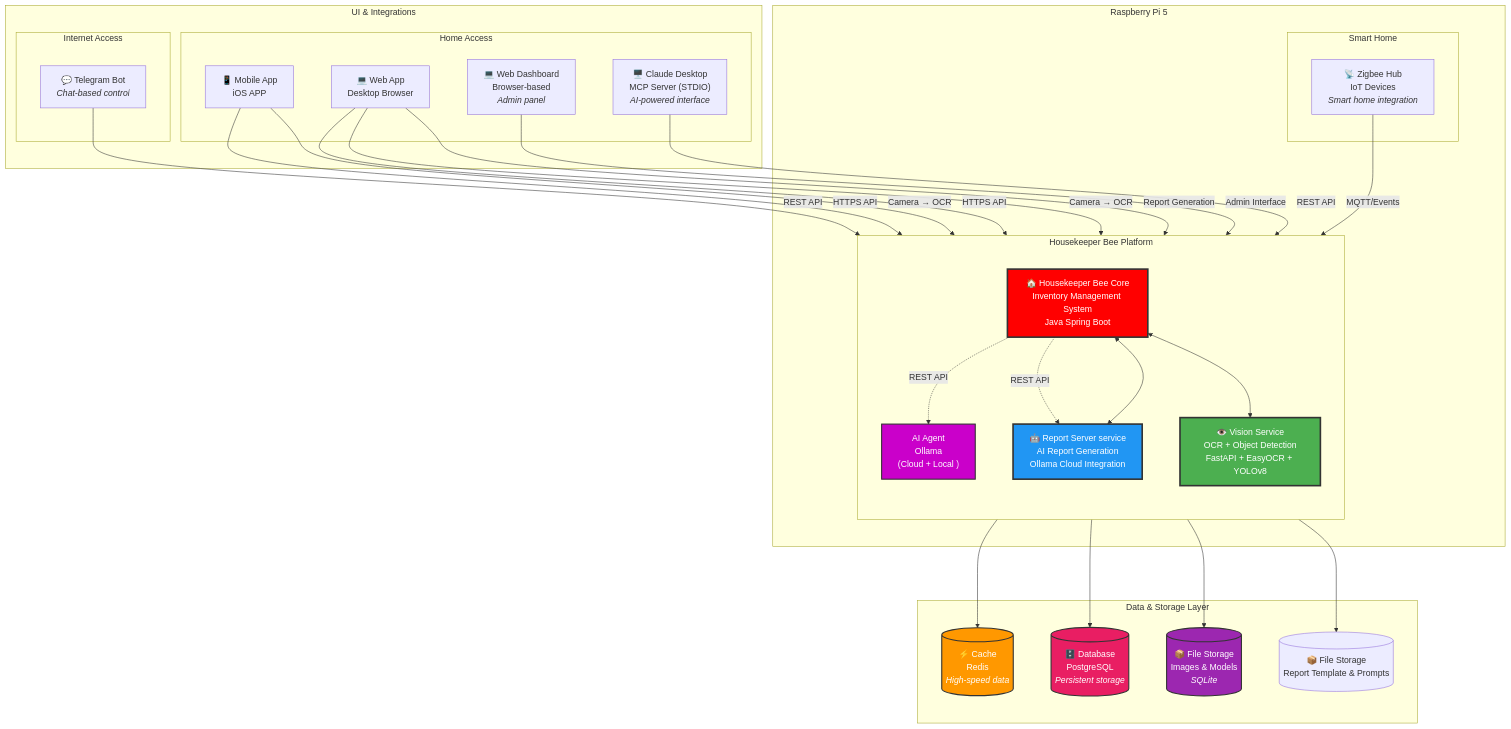
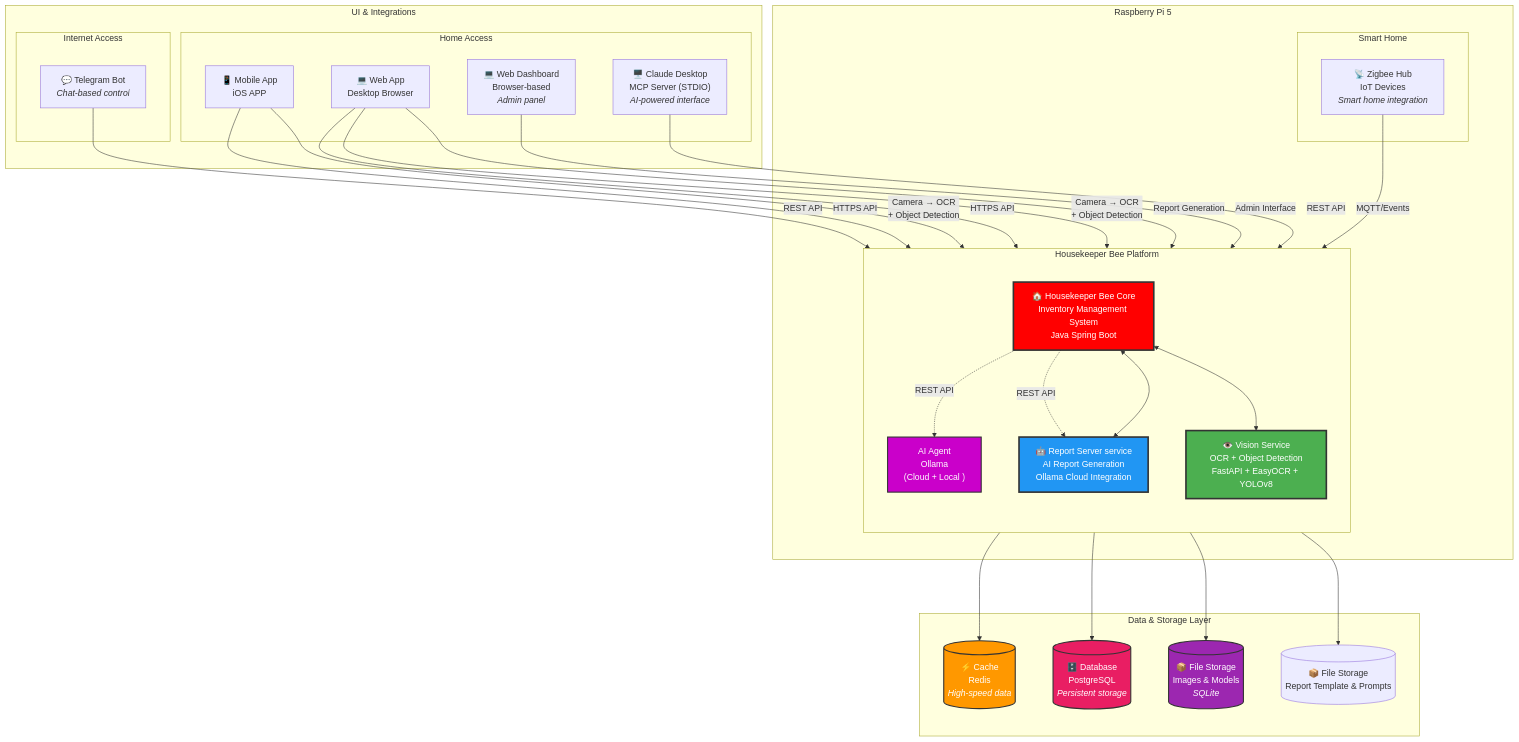
The diagram in README.md (Thomas-Leung-852/HousekeeperBeeWebApp), drawn with Mermaid before and after one commit. The commit also changed other lines of this file and 21 other files, not shown here.

````diff
--- a/README.md
+++ b/README.md
@@ -249,67 +249,67 @@
 ```mermaid
 %%{init: {'flowchart': {'rankSpacing': 100, 'nodeSpacing': 70, 'curve': 'basis'}} }%%
 flowchart TB
     subgraph UI ["UI & Integrations"]
         subgraph x ["Home Access"]
             Mobile["📱 Mobile App<br/>iOS APP<br/>"]
             WebApp["💻 Web App<br/>Desktop Browser"]
             Web["💻 Web Dashboard<br/>Browser-based<br/><i>Admin panel</i>"]
             Claude["🖥️ Claude Desktop<br/>MCP Server (STDIO)<br/><i>AI-powered interface</i>"]            
         end
         subgraph y ["Internet Access"]
             Telegram["💬 Telegram Bot<br/><i>Chat-based control</i>"]         
         end
     end
 
     subgraph rpi5 ["Raspberry Pi 5"]
 
         subgraph HKBP ["Housekeeper Bee Platform"]
             direction TB
             AA["AI Agent<br/>Ollama <br/>(Cloud + Local )"]
             Core["🏠 Housekeeper Bee Core<br/>Inventory Management System<br/>Java Spring Boot"]
             Vision["👁️ Vision Service<br/>OCR + Object Detection<br/>FastAPI + EasyOCR + YOLOv8"]
             ReportSvc["🤖 Report Server service <br/>AI Report Generation<br/>Ollama Cloud Integration"]
             
             Core -.->|"REST API"| ReportSvc  
             Core <--> ReportSvc
             Core <--> Vision        
         end
 
         subgraph SmartHome ["Smart Home"]
             Zigbee["📡 Zigbee Hub<br/>IoT Devices<br/><i>Smart home integration</i>"]  
         end
     end
 
     subgraph Storage ["Data & Storage Layer"]
         DB[("🗄️ Database<br/>PostgreSQL<br/><i>Persistent storage</i>")]        
         Files[("📦 File Storage<br/>Images & Models<br/><i>SQLite</i>")]
         Cache[("⚡ Cache<br/>Redis<br/><i>High-speed data</i>")]
         RptFiles[("📦 File Storage<br/>Report Template & Prompts")]
     end
 
     %% Connections
     AA --> Cache
     Core --> DB
     Vision --> Files
     ReportSvc --> RptFiles
     
     Mobile -->|"HTTPS API"| Core
-    Mobile -->|"Camera → OCR"| Vision
+    Mobile -->|"Camera → OCR <br/> + Object Detection"| Vision
     WebApp -->|"HTTPS API"| Core
-    WebApp -->|"Camera → OCR"| Vision
+    WebApp -->|"Camera → OCR<br/> + Object Detection"| Vision
     WebApp -->|"Report Generation"| ReportSvc
     Web -->|"Admin Interface"| Core 
     Zigbee -->|"MQTT/Events"| AA   
     Telegram -->|"REST API"| AA      
     Core -.->|"REST API"| AA
     Claude -->|"REST API"| Core
 
     %% Styles
     style Core fill:#FF0000,stroke:#333,stroke-width:3px,color:#fff
     style Vision fill:#4CAF50,stroke:#333,stroke-width:3px,color:#fff
     style ReportSvc fill:#2196F3,stroke:#333,stroke-width:3px,color:#fff
     style DB fill:#E91E63,stroke:#333,stroke-width:2px,color:#fff
     style Cache fill:#FF9800,stroke:#333,stroke-width:2px,color:#fff
     style Files fill:#9C27B0,stroke:#333,stroke-width:2px,color:#fff
     style AA fill:#CA00CA,stroke:#333,stroke-width:2px,color:#fff
 ```
````
